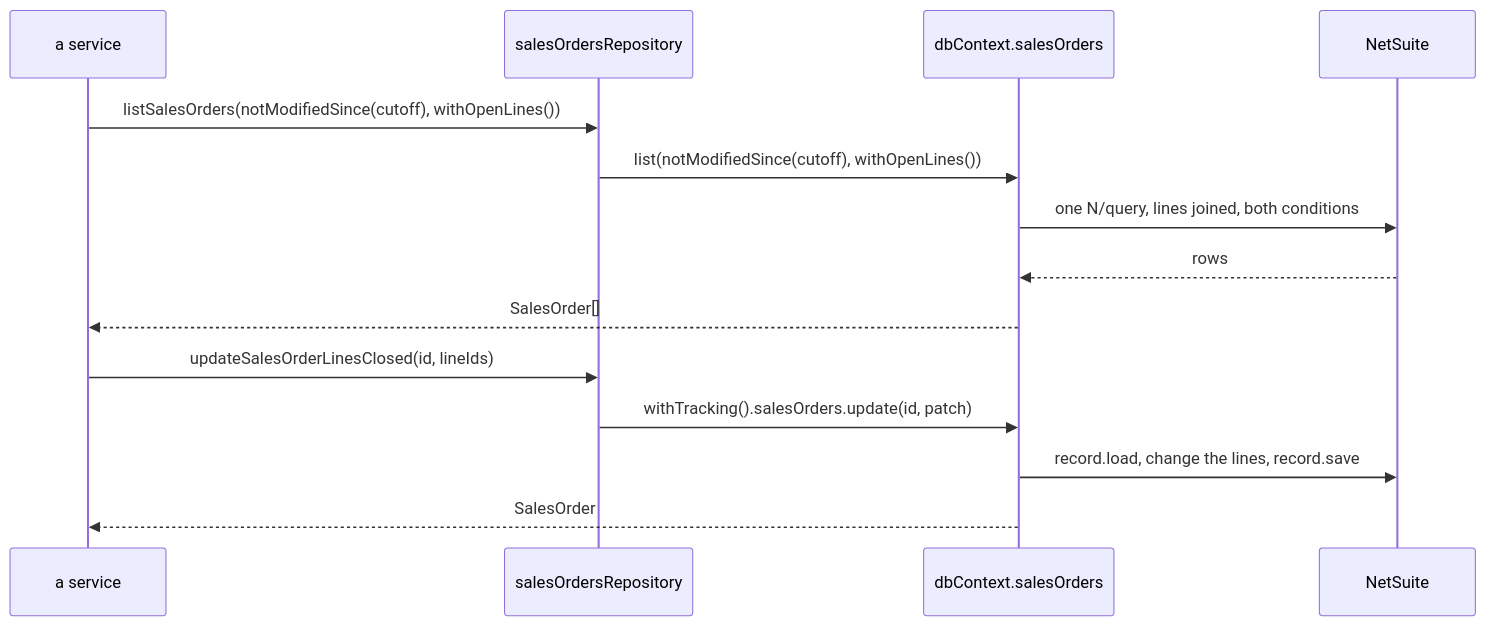
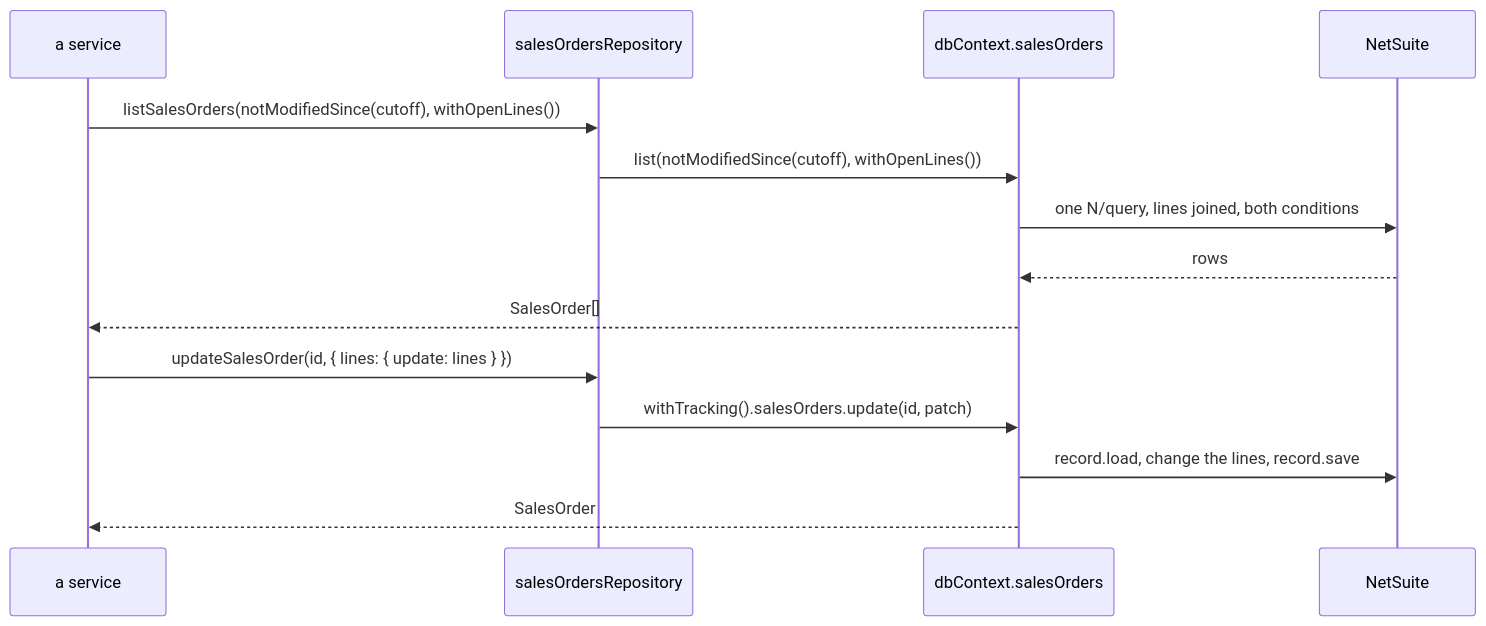
The diagram in react-app/how-to-use/repositories/model-and-repository.md (AmeriLux-Dev/netsuite-project-templates), drawn with Mermaid before and after one commit. The commit also changed other lines of this file and 10 other files, not shown here.

Commit message:
refactor: enhance service and repository function descriptions, update patch handling in specifications

````diff
--- a/react-app/how-to-use/repositories/model-and-repository.md
+++ b/react-app/how-to-use/repositories/model-and-repository.md
@@ -330,16 +338,16 @@
 ```mermaid
 sequenceDiagram
     participant Service as a service
     participant Repository as salesOrdersRepository
     participant Set as dbContext.salesOrders
     participant NetSuite
     Service->>Repository: listSalesOrders(notModifiedSince(cutoff), withOpenLines())
     Repository->>Set: list(notModifiedSince(cutoff), withOpenLines())
     Set->>NetSuite: one N/query, lines joined, both conditions
     NetSuite-->>Set: rows
     Set-->>Service: SalesOrder[]
-    Service->>Repository: updateSalesOrderLinesClosed(id, lineIds)
+    Service->>Repository: updateSalesOrder(id, { lines: { update: lines } })
     Repository->>Set: withTracking().salesOrders.update(id, patch)
     Set->>NetSuite: record.load, change the lines, record.save
     Set-->>Service: SalesOrder
 ```
````
